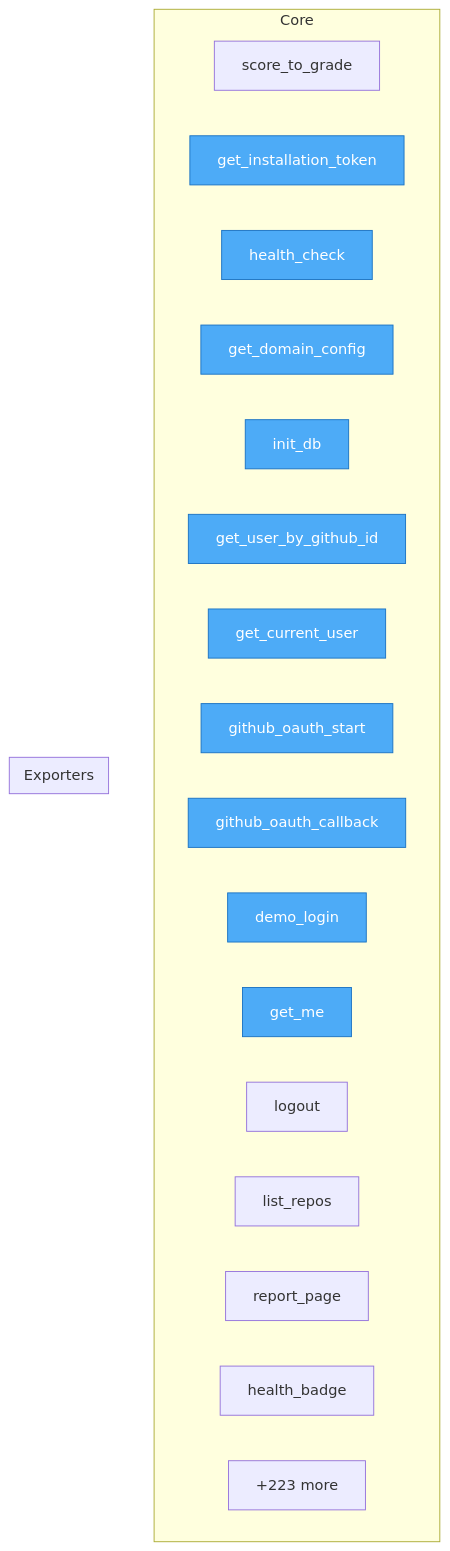
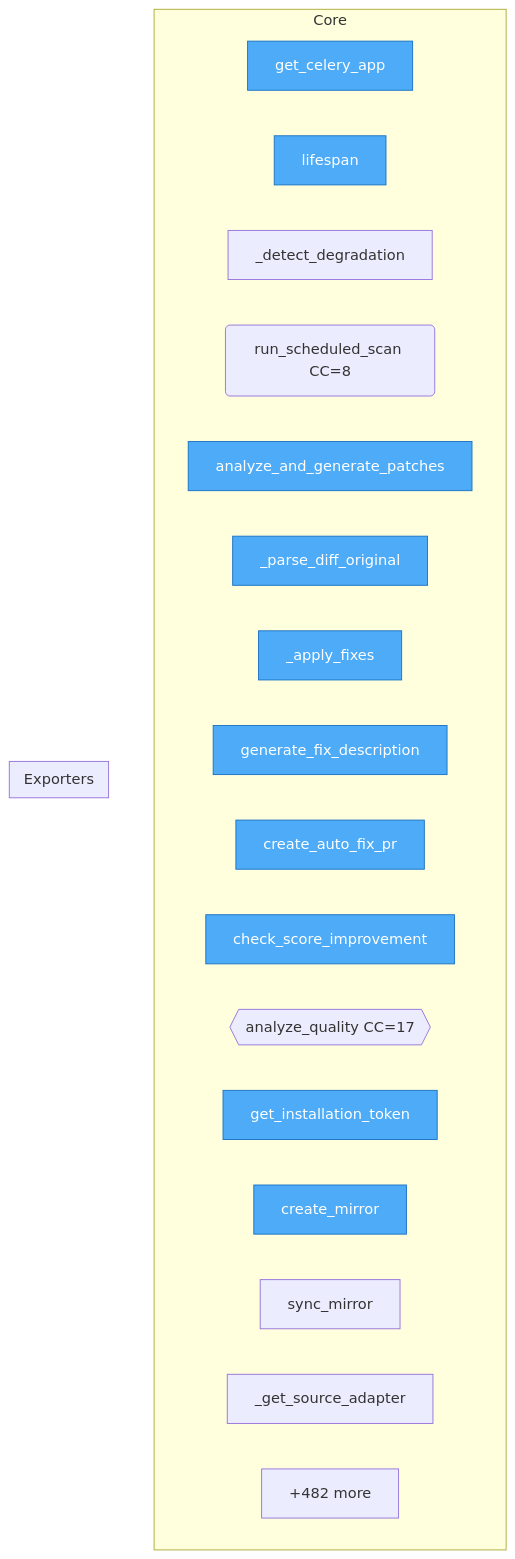
One commit to semcod/www changed the diagram in project/flow.mmd. Above: the diagram before and after it, drawn with Mermaid. The commit also changed 55 other files, not shown here.

```diff
--- a/project/flow.mmd
+++ b/project/flow.mmd
@@ -1,28 +1,28 @@
 flowchart TD
 
     %% Entry points (blue)
     classDef entry fill:#4dabf7,stroke:#1971c2,color:#fff
 
     subgraph Core
-        backend__services__scoring__score_to_grade["score_to_grade"]
+        backend__worker__get_celery_app["get_celery_app"]
+        backend__server__lifespan["lifespan"]
+        backend__scheduler__scan_job___detect_degradation["_detect_degradation"]
+        backend__scheduler__scan_job__run_scheduled_scan("run_scheduled_scan CC=8")
+        backend__services__autofix__PatchGenerator__analyze_and_generate_patches["analyze_and_generate_patches"]
+        backend__services__autofix__PatchGenerator___parse_diff_original["_parse_diff_original"]
+        backend__services__autofix__PatchGenerator___apply_fixes["_apply_fixes"]
+        backend__services__autofix__PatchGenerator__generate_fix_description["generate_fix_description"]
+        backend__services__autofix__AutoFixService__create_auto_fix_pr["create_auto_fix_pr"]
+        backend__services__autofix__AutoFixService__check_score_improvement["check_score_improvement"]
+        backend__services__analyzer__analyze_quality{{analyze_quality CC=17}}
         backend__services__github_client__get_installation_token["get_installation_token"]
-        backend__routers__system__health_check["health_check"]
-        backend__routers__system__get_domain_config["get_domain_config"]
-        backend__database__init_db["init_db"]
-        backend__database__get_user_by_github_id["get_user_by_github_id"]
-        backend__routers__auth__get_current_user["get_current_user"]
-        backend__routers__auth__github_oauth_start["github_oauth_start"]
-        backend__routers__auth__github_oauth_callback["github_oauth_callback"]
-        backend__routers__auth__demo_login["demo_login"]
-        backend__routers__auth__get_me["get_me"]
-        backend__routers__auth__logout["logout"]
-        backend__routers__auth__list_repos["list_repos"]
-        backend__routers__report__report_page["report_page"]
-        backend__routers__badge__health_badge["health_badge"]
-        ...["+223 more"]
+        backend__services__mirror__MirrorService__create_mirror["create_mirror"]
+        backend__services__mirror__MirrorService__sync_mirror["sync_mirror"]
+        backend__services__mirror__MirrorService___get_source_adapter["_get_source_adapter"]
+        ...["+482 more"]
     end
 
     subgraph Exporters
     end
 
-    class backend__services__github_client__get_installation_token,backend__routers__system__health_check,backend__routers__system__get_domain_config,backend__database__init_db,backend__database__get_user_by_github_id,backend__routers__auth__get_current_user,backend__routers__auth__github_oauth_start,backend__routers__auth__github_oauth_callback,backend__routers__auth__demo_login,backend__routers__auth__get_me entry
+    class backend__worker__get_celery_app,backend__server__lifespan,backend__services__autofix__PatchGenerator__analyze_and_generate_patches,backend__services__autofix__PatchGenerator___parse_diff_original,backend__services__autofix__PatchGenerator___apply_fixes,backend__services__autofix__PatchGenerator__generate_fix_description,backend__services__autofix__AutoFixService__create_auto_fix_pr,backend__services__autofix__AutoFixService__check_score_improvement,backend__services__github_client__get_installation_token,backend__services__mirror__MirrorService__create_mirror entry
```
